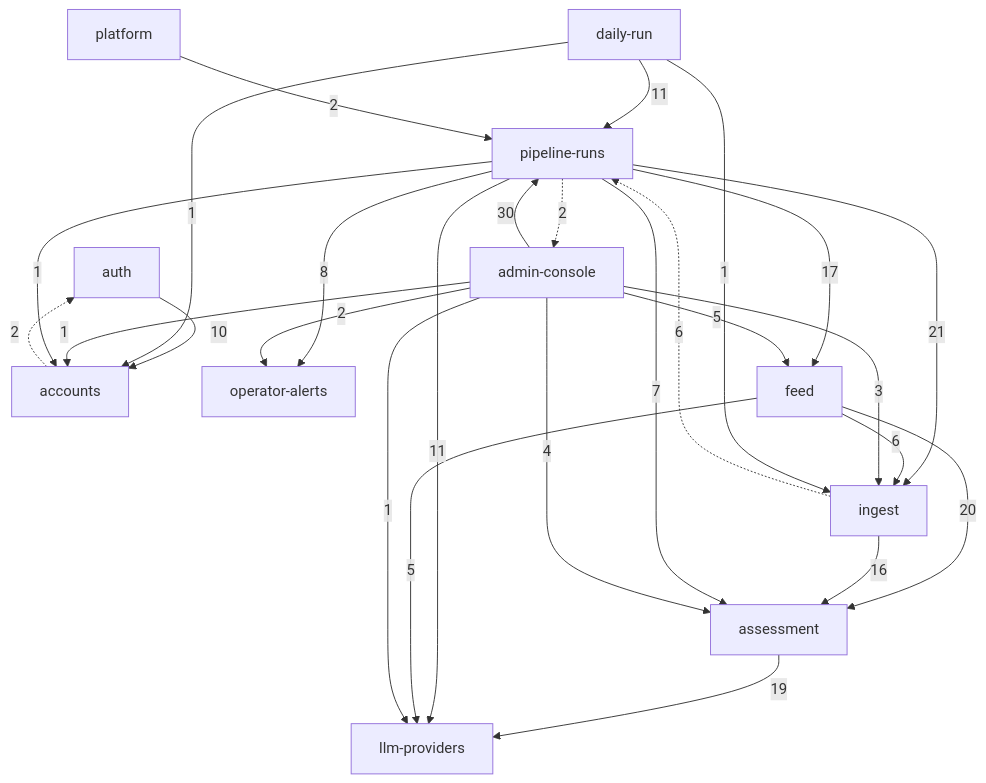
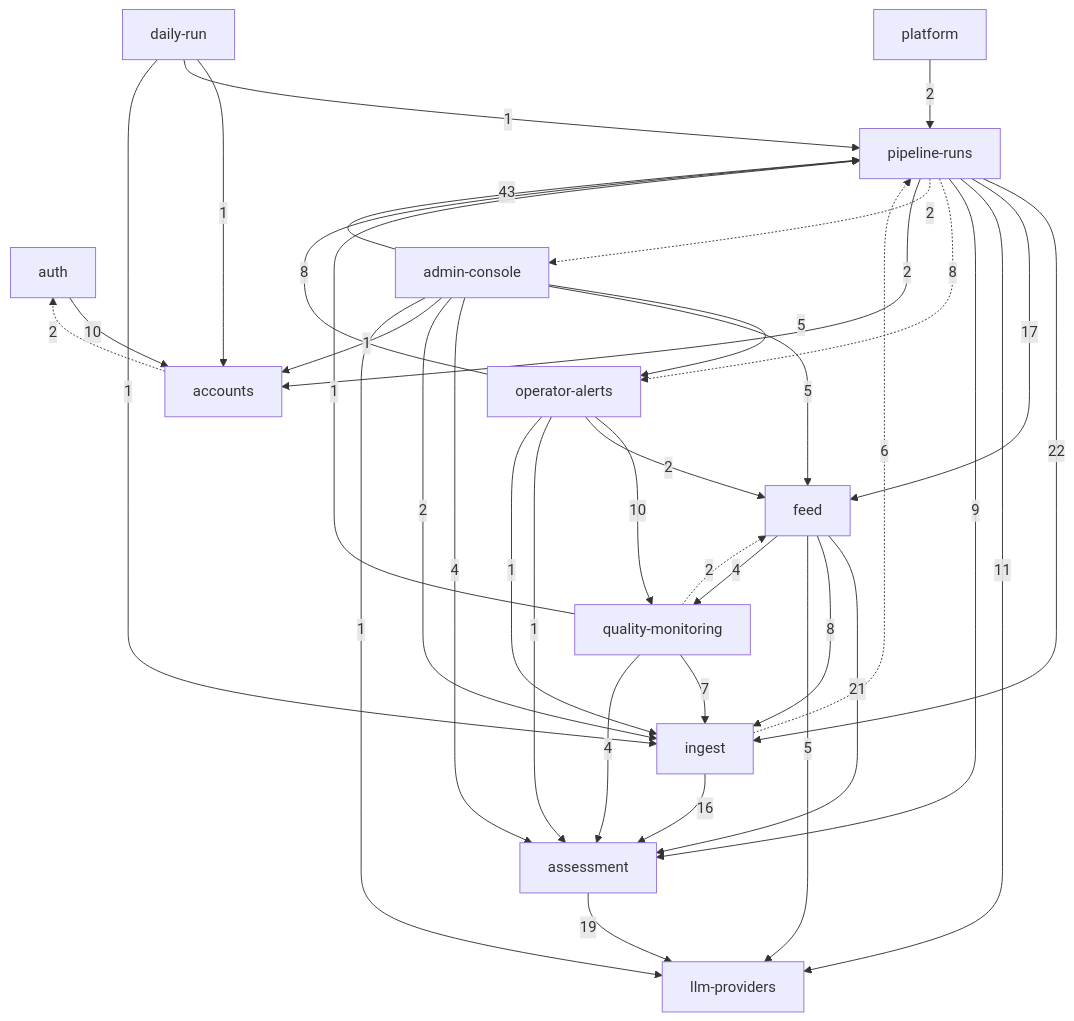
The diagram in context/map/repo-map.md (kwmacioszek/szczur-radar), drawn with Mermaid before and after one commit. The commit also changed other lines of this file and 23 other files, not shown here.

````diff
--- a/context/map/repo-map.md
+++ b/context/map/repo-map.md
@@ -23,40 +34,51 @@
 ```mermaid
 graph TB
   assessment["assessment"]
   llm_providers["llm-providers"]
   auth["auth"]
   accounts["accounts"]
   daily_run["daily-run"]
   admin_console["admin-console"]
   operator_alerts["operator-alerts"]
   pipeline_runs["pipeline-runs"]
   ingest["ingest"]
   feed["feed"]
+  quality["quality-monitoring"]
   platform["platform"]
-  admin_console -->|30| pipeline_runs
-  pipeline_runs -->|21| ingest
-  feed -->|20| assessment
+  admin_console -->|43| pipeline_runs
+  pipeline_runs -->|22| ingest
+  feed -->|21| assessment
   assessment -->|19| llm_providers
   pipeline_runs -->|17| feed
   ingest -->|16| assessment
   pipeline_runs -->|11| llm_providers
-  daily_run -->|11| pipeline_runs
   auth -->|10| accounts
-  pipeline_runs -->|8| operator_alerts
-  pipeline_runs -->|7| assessment
+  operator_alerts -->|10| quality
+  pipeline_runs -->|9| assessment
+  operator_alerts -->|8| pipeline_runs
+  pipeline_runs -.->|8| operator_alerts
+  feed -->|8| ingest
+  quality -->|7| ingest
   ingest -.->|6| pipeline_runs
-  feed -->|6| ingest
+  admin_console -->|5| operator_alerts
   feed -->|5| llm_providers
   admin_console -->|5| feed
+  quality -->|4| assessment
+  feed -->|4| quality
   admin_console -->|4| assessment
-  admin_console -->|3| ingest
   accounts -.->|2| auth
-  admin_console -->|2| operator_alerts
+  operator_alerts -->|2| feed
   pipeline_runs -.->|2| admin_console
   platform -->|2| pipeline_runs
+  admin_console -->|2| ingest
+  pipeline_runs -->|2| accounts
+  quality -.->|2| feed
   daily_run -->|1| accounts
   admin_console -->|1| accounts
+  operator_alerts -->|1| assessment
+  operator_alerts -->|1| ingest
+  daily_run -->|1| pipeline_runs
   daily_run -->|1| ingest
-  pipeline_runs -->|1| accounts
+  quality -->|1| pipeline_runs
   admin_console -->|1| llm_providers
 ```
````
